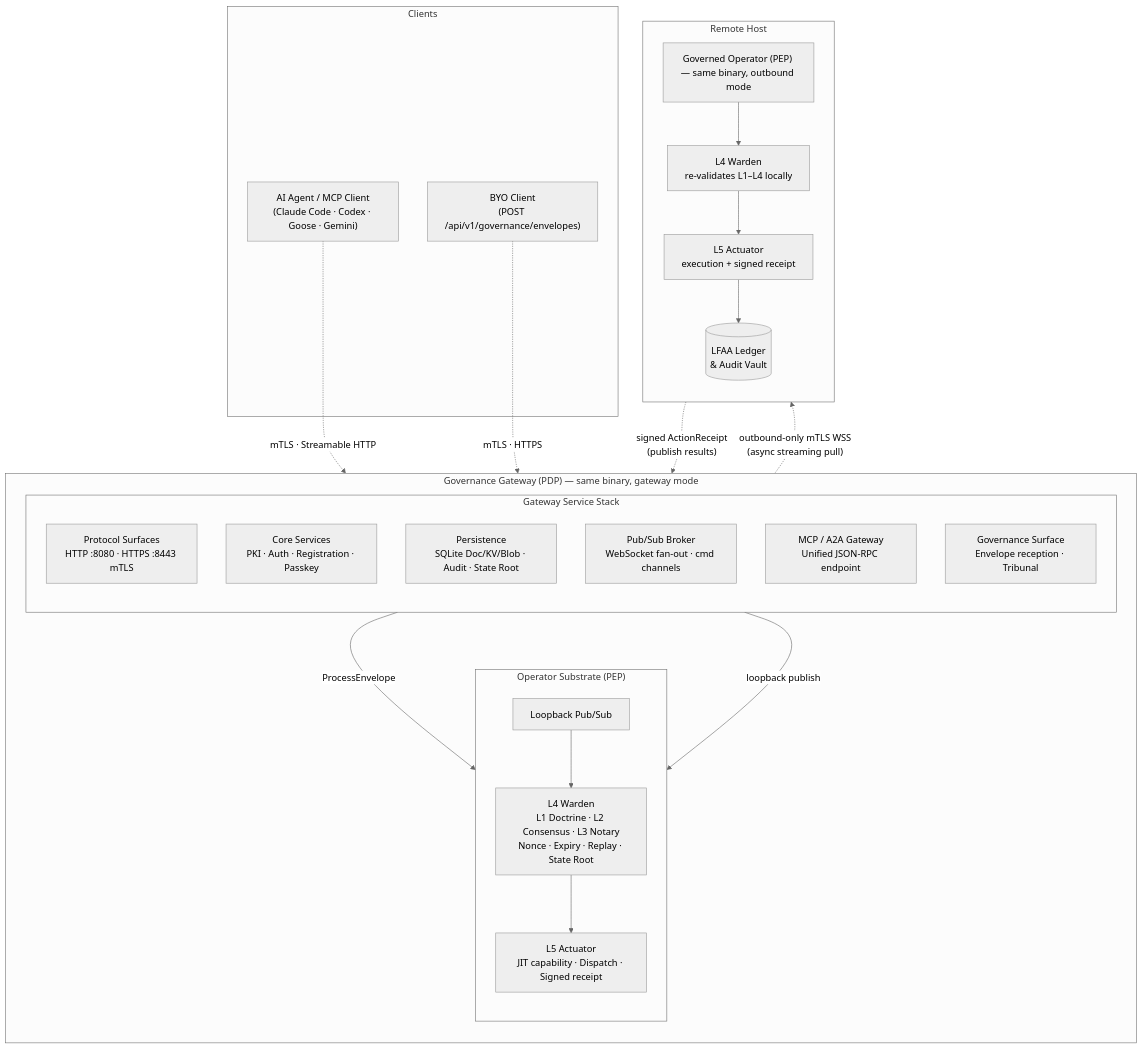
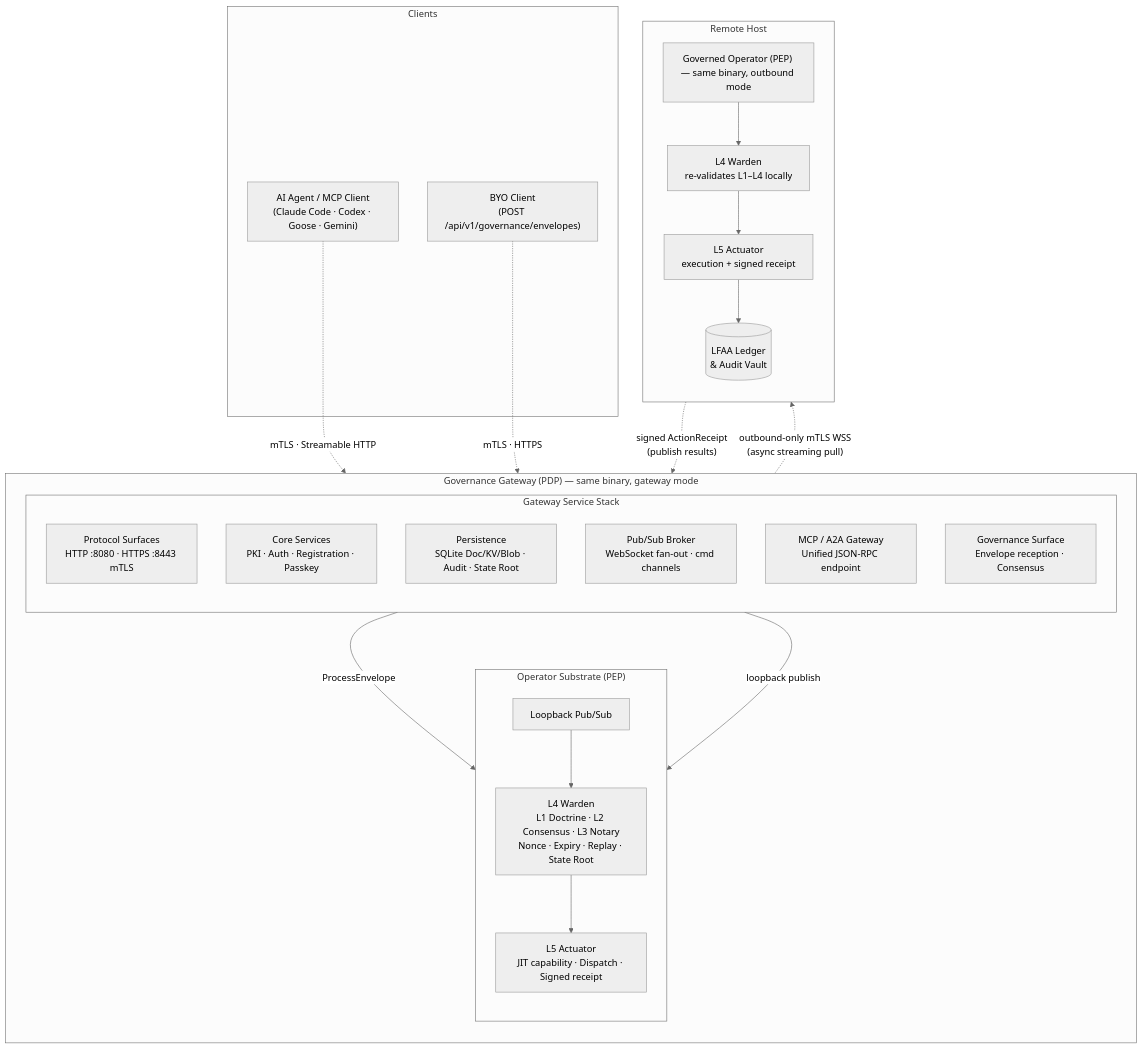
Before and after one commit to g8e-ai/g8e: the diagram in docs/diagrams/graph-system-50k.md, drawn with Mermaid (neutral theme). The commit also changed 234 other files, not shown here.

````diff
--- a/docs/diagrams/graph-system-50k.md
+++ b/docs/diagrams/graph-system-50k.md
@@ -10,47 +10,47 @@
 ```mermaid
 graph TD
     subgraph GatewayProcess ["Governance Gateway (PDP) — same binary, gateway mode"]
         direction TB
 
         subgraph GWStack ["Gateway Service Stack"]
             direction TB
             Surfaces["Protocol Surfaces<br/>HTTP :8080 · HTTPS :8443 mTLS"]
             Services["Core Services<br/>PKI · Auth · Registration · Passkey"]
             Persistence["Persistence<br/>SQLite Doc/KV/Blob · Audit · State Root"]
             Broker["Pub/Sub Broker<br/>WebSocket fan-out · cmd channels"]
             MCP["MCP / A2A Gateway<br/>Unified JSON-RPC endpoint"]
-            Gov["Governance Surface<br/>Envelope reception · Tribunal"]
+            Gov["Governance Surface<br/>Envelope reception · Consensus"]
         end
 
         subgraph OpSubstrate ["Operator Substrate (PEP)"]
             direction TB
             Loopback["Loopback Pub/Sub"]
             L4["L4 Warden<br/>L1 Doctrine · L2 Consensus · L3 Notary<br/>Nonce · Expiry · Replay · State Root"]
             L5["L5 Actuator<br/>JIT capability · Dispatch · Signed receipt"]
             Loopback --> L4 --> L5
         end
 
         Gov -- "ProcessEnvelope" --> Loopback
         Broker -- "loopback publish" --> Loopback
     end
 
     subgraph RemoteHost ["Remote Host"]
         direction TB
         RemoteOp["Governed Operator (PEP) — same binary, outbound mode"]
         RemoteL4["L4 Warden<br/>re-validates L1–L4 locally"]
         RemoteL5["L5 Actuator<br/>execution + signed receipt"]
         RemoteLedger[("LFAA Ledger<br/>& Audit Vault")]
         RemoteOp --> RemoteL4 --> RemoteL5 --> RemoteLedger
     end
 
     subgraph Clients ["Clients"]
         Agent["AI Agent / MCP Client<br/>(Claude Code · Codex · Goose · Gemini)"]
         BYO["BYO Client<br/>(POST /api/v1/governance/envelopes)"]
     end
 
     Agent -. "mTLS · Streamable HTTP" .-> Surfaces
     BYO -. "mTLS · HTTPS" .-> Gov
 
     Broker -. "outbound-only mTLS WSS<br/>(async streaming pull)" .-> RemoteOp
     RemoteOp -. "signed ActionReceipt<br/>(publish results)" .-> Broker
 ```
````
